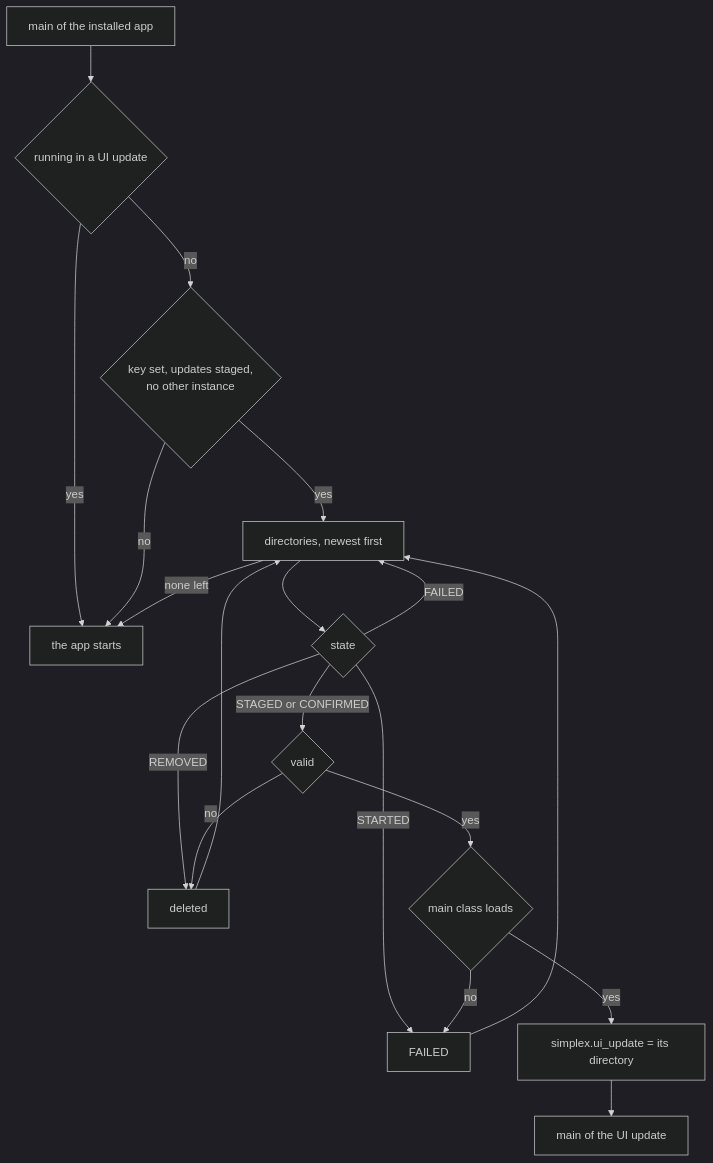
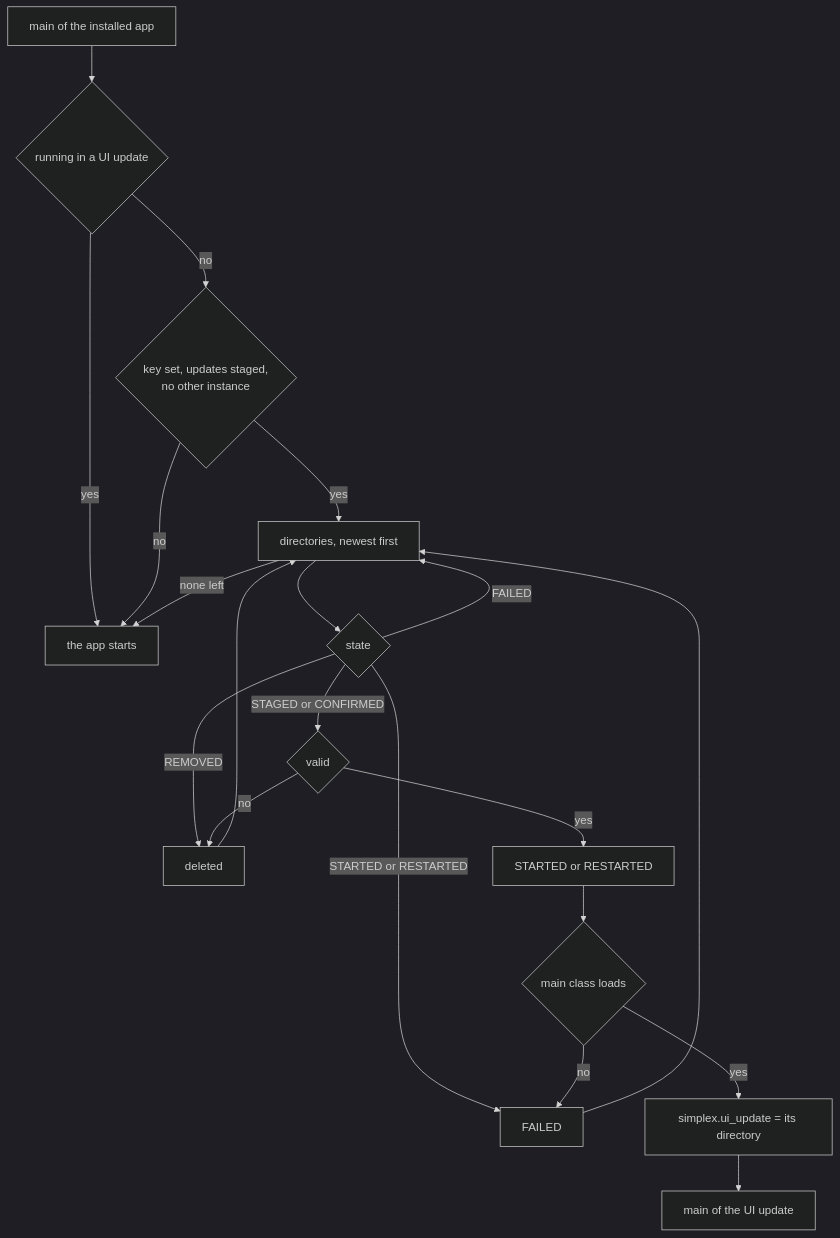
The second of 4 diagrams in plans/2026-11-17-desktop-ui-updates.md (simplex-chat/simplex-chat), drawn with Mermaid (dark theme) before and after one commit. The commit also changed other lines of this file and 4 other files, not shown here.

````diff
--- a/plans/2026-11-17-desktop-ui-updates.md
+++ b/plans/2026-11-17-desktop-ui-updates.md
@@ -116,18 +121,18 @@
 ```mermaid
 flowchart TD
   M[main of the installed app] --> R{running in a UI update}
   R -->|yes| A[the app starts]
   R -->|no| K{key set, updates staged,<br>no other instance}
   K -->|no| A
   K -->|yes| D[directories, newest first]
   D --> S{state}
   S -->|FAILED| D
   S -->|REMOVED| X
-  S -->|STARTED| F[FAILED] --> D
+  S -->|STARTED or RESTARTED| F[FAILED] --> D
   S -->|STAGED or CONFIRMED| V{valid}
   V -->|no| X[deleted] --> D
-  V -->|yes| L{main class loads}
+  V -->|yes| T[STARTED or RESTARTED] --> L{main class loads}
   L -->|no| F
   L -->|yes| P[simplex.ui_update = its directory] --> U[main of the UI update]
   D -->|none left| A
 ```
````
